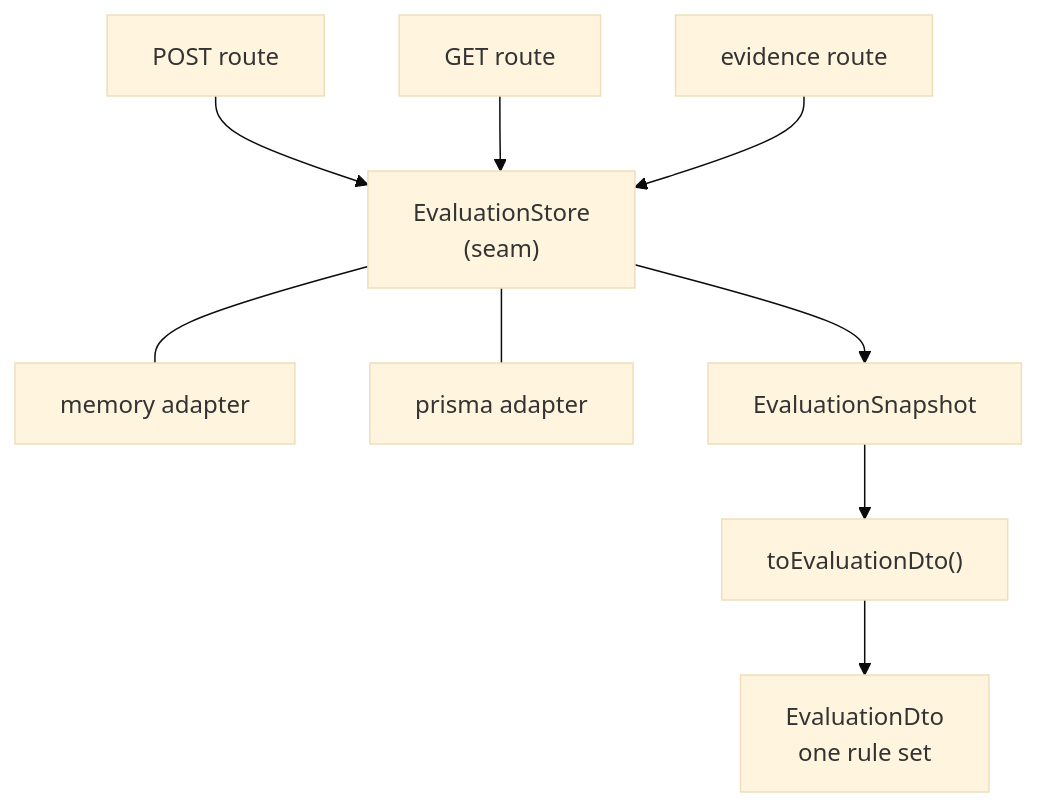
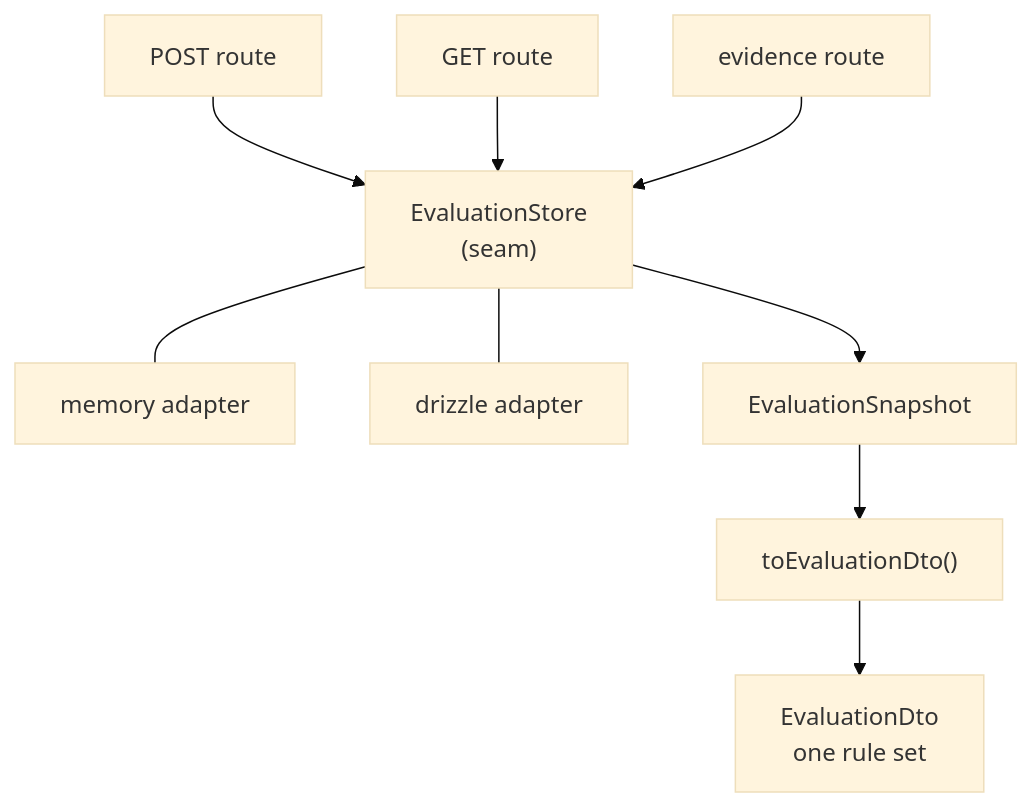
The third of 9 diagrams in docs/ARCHITECTURE_REVIEW.md (aftermerge0/scout-ai), drawn with Mermaid (base theme) before and after one commit. The commit also changed other lines of this file, not shown here.

First line of the commit message:
docs: pick Drizzle over Prisma; Zod + drizzle-orm/zod contracts

````diff
--- a/docs/ARCHITECTURE_REVIEW.md
+++ b/docs/ARCHITECTURE_REVIEW.md
@@ -224,11 +266,11 @@
 ```mermaid
 flowchart TD
   R1["POST route"] --> ST["EvaluationStore<br/>(seam)"]
   R2["GET route"] --> ST
   R3["evidence route"] --> ST
   ST --- A1["memory adapter"]
-  ST --- A2["prisma adapter"]
+  ST --- A2["drizzle adapter"]
   ST --> SN["EvaluationSnapshot"]
   SN --> ONE["toEvaluationDto()"]
   ONE --> DTO["EvaluationDto<br/>one rule set"]
 ```
````
